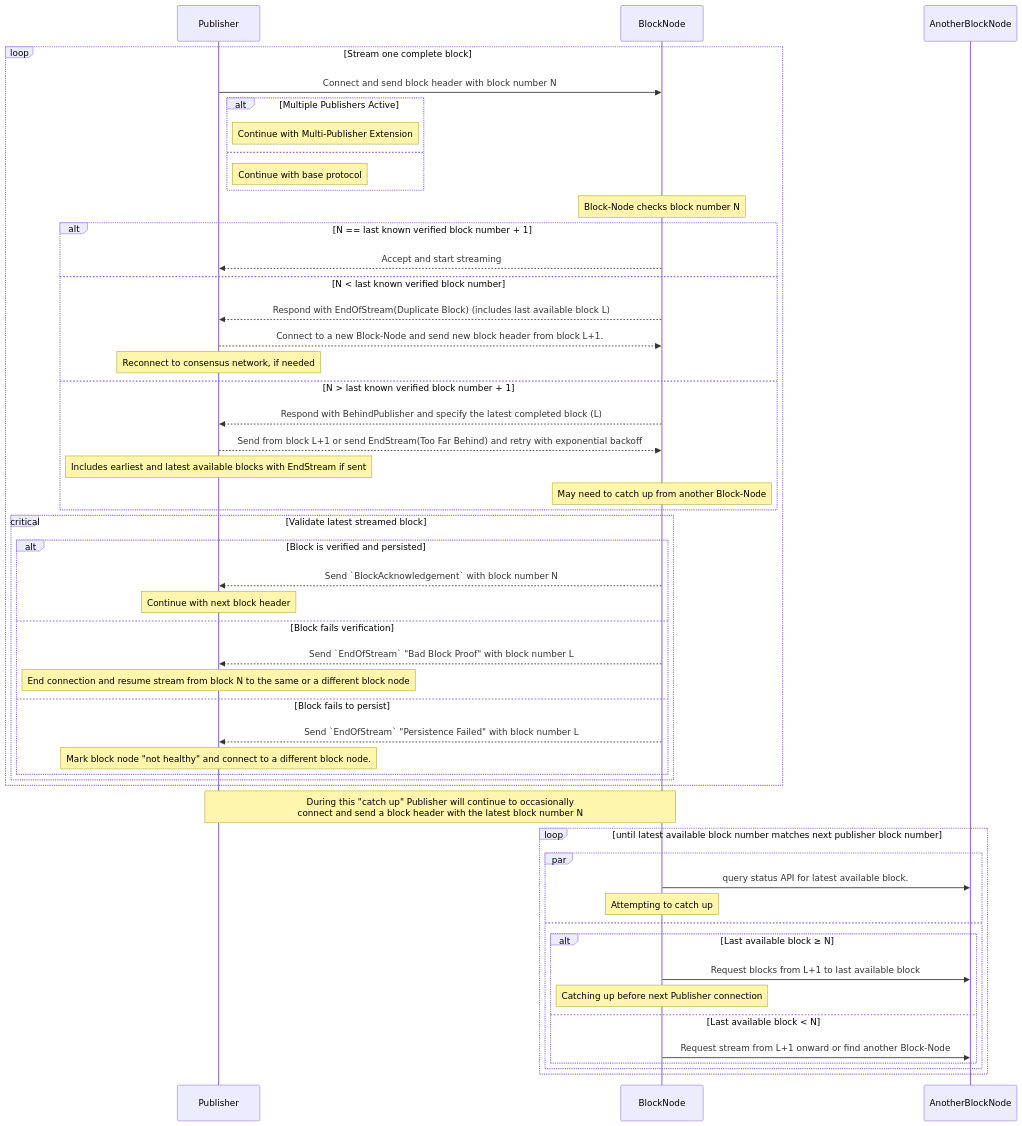
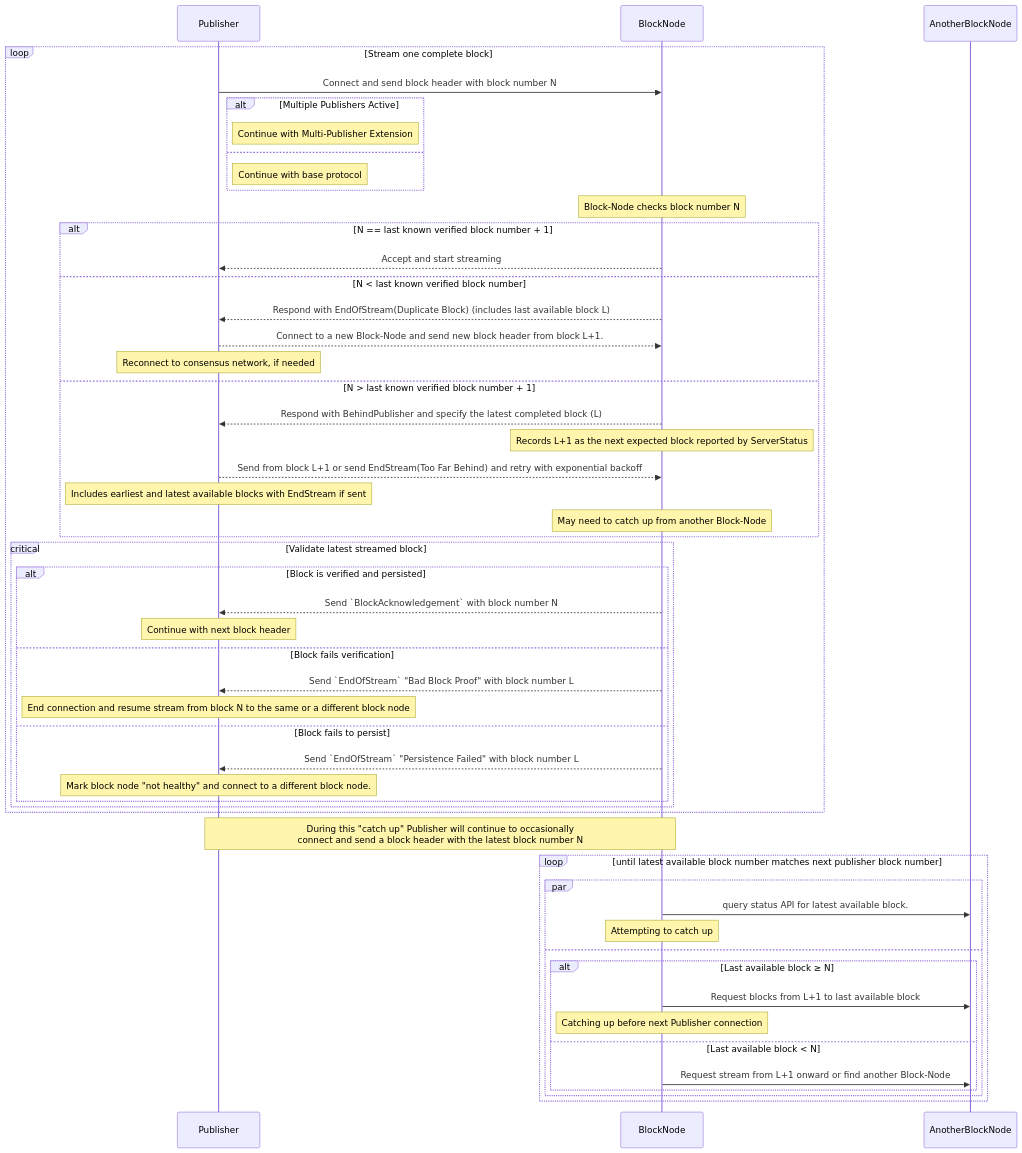
The first of 5 diagrams in block-node/design/communication-protocol/publish-block-stream.md (hiero-ledger/hiero-docs), drawn with Mermaid before and after one commit. The commit also changed other lines of this file and 13 other files, not shown here.

Commit message:
chore: sync block-node docs from hiero-block-node (#1019)

````diff
--- a/block-node/design/communication-protocol/publish-block-stream.md
+++ b/block-node/design/communication-protocol/publish-block-stream.md
@@ -114,55 +122,56 @@
 ```mermaid
 sequenceDiagram
   participant Publisher
   participant BlockNode
   participant AnotherBlockNode
 
   loop Stream one complete block
     Publisher->>BlockNode: Connect and send block header with block number N
     alt Multiple Publishers Active
       Note right of Publisher: Continue with Multi-Publisher Extension
     else
       Note right of Publisher: Continue with base protocol
     end
     Note over BlockNode: Block-Node checks block number N
     alt N == last known verified block number + 1
       BlockNode-->>Publisher: Accept and start streaming
     else N < last known verified block number
       BlockNode-->>Publisher: Respond with EndOfStream(Duplicate Block) (includes last available block L)
       Publisher-->>BlockNode: Connect to a new Block-Node and send new block header from block L+1.
       Note over Publisher: Reconnect to consensus network, if needed
     else N > last known verified block number + 1
       BlockNode -->> Publisher: Respond with BehindPublisher and specify the latest completed block (L)
+      Note over BlockNode: Records L+1 as the next expected block reported by ServerStatus
       Publisher-->>BlockNode: Send from block L+1 or send EndStream(Too Far Behind) and retry with exponential backoff
       Note over Publisher: Includes earliest and latest available blocks with EndStream if sent
       Note over BlockNode: May need to catch up from another Block-Node
     end
     critical Validate latest streamed block
       alt Block is verified and persisted
         BlockNode-->>Publisher: Send `BlockAcknowledgement` with block number N
         Note over Publisher: Continue with next block header
       else Block fails verification
         BlockNode-->>Publisher: Send `EndOfStream` "Bad Block Proof" with block number L
         Note over Publisher: End connection and resume stream from block N to the same or a different block node
       else Block fails to persist
         BlockNode-->>Publisher: Send `EndOfStream` "Persistence Failed" with block number L
         Note over Publisher: Mark block node "not healthy" and connect to a different block node.
       end
     end
   end
 
   Note over Publisher,BlockNode: During this "catch up" Publisher will continue to occasionally<br/>connect and send a block header with the latest block number N
   loop until latest available block number matches next publisher block number
     par
       BlockNode->>AnotherBlockNode: query status API for latest available block.
       Note over BlockNode: Attempting to catch up
     and
       alt Last available block ≥ N
         BlockNode->>AnotherBlockNode: Request blocks from L+1 to last available block
         Note over BlockNode: Catching up before next Publisher connection
       else Last available block < N
         BlockNode->>AnotherBlockNode: Request stream from L+1 onward or find another Block-Node
       end
     end
   end
 ```
````
